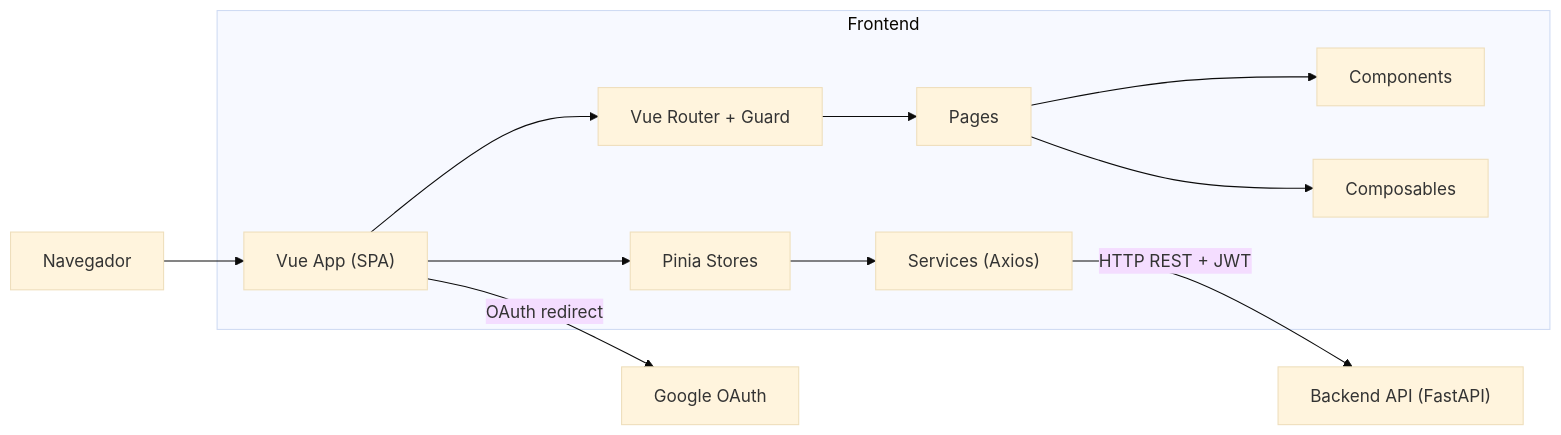
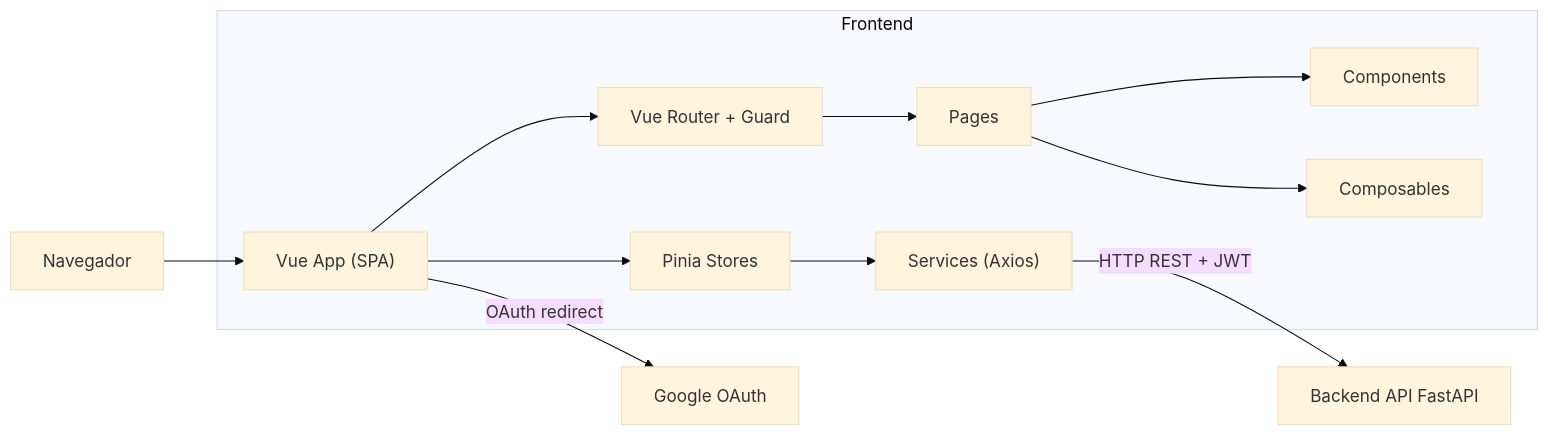
The third of 3 diagrams in frontend/docs/ARCHITECTURE.md (IA-para-DEVs-SD/grupo-6-mentoria), drawn with Mermaid (base theme) before and after one commit. The commit also changed other lines of this file and 2 other files, not shown here.

First line of the commit message:
fix: corrigir sintaxe mermaid e permissão do entrypoint

````diff
--- a/frontend/docs/ARCHITECTURE.md
+++ b/frontend/docs/ARCHITECTURE.md
@@ -268,16 +268,16 @@
 ```mermaid
 graph LR
     Navegador["Navegador"] --> VueApp["Vue App (SPA)"]
 
     subgraph Frontend
         VueApp --> Router["Vue Router + Guard"]
         VueApp --> Stores["Pinia Stores"]
         Stores --> Services["Services (Axios)"]
         Router --> Pages["Pages"]
         Pages --> Components["Components"]
         Pages --> Composables["Composables"]
     end
 
-    Services -->|"HTTP REST + JWT"| Backend["Backend API (FastAPI)"]
-    VueApp -->|"OAuth redirect"| Google["Google OAuth"]
+    Services -- HTTP REST + JWT --> Backend["Backend API FastAPI"]
+    VueApp -- OAuth redirect --> Google["Google OAuth"]
 ```
````
